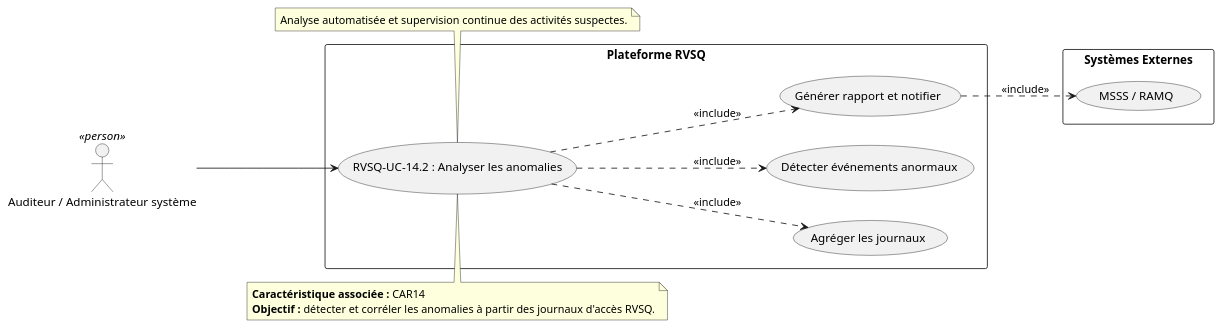
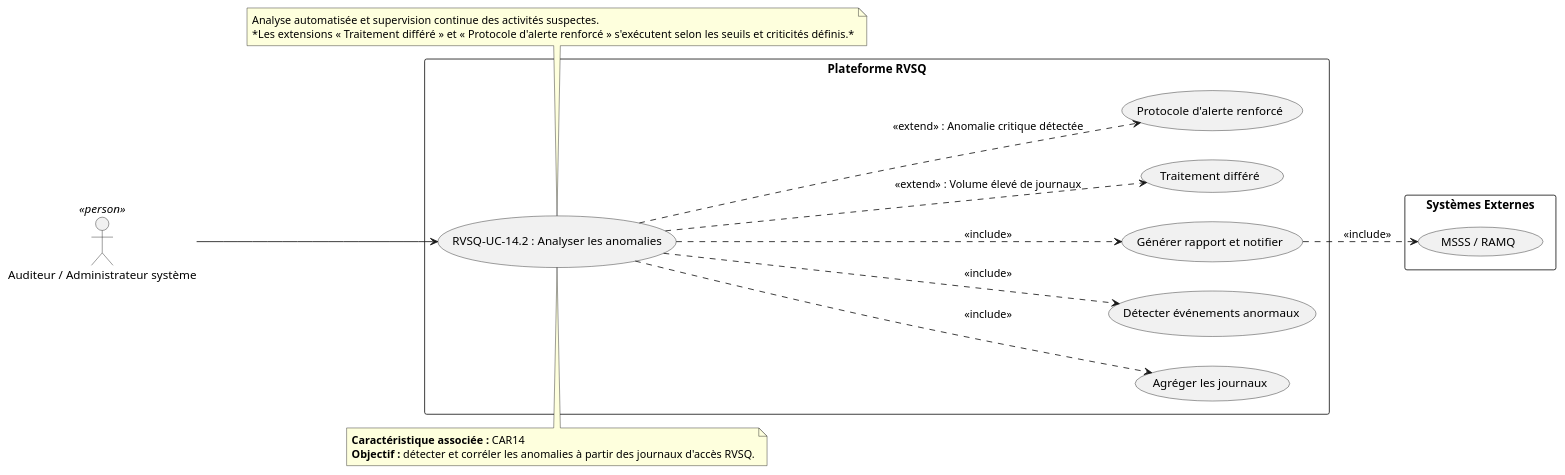
Before and after one commit to serghino/use-cases-RVSQ: the diagram in RVSQ-UC-14_2_Analyser_Anomalies.puml, drawn with PlantUML. The commit also changed 23 other files, not shown here.

Commit message:
fix(B04,B06,B09): fix .md structure and add excludes when applicable to the diagrams

```diff
--- a/RVSQ-UC-14_2_Analyser_Anomalies.puml
+++ b/RVSQ-UC-14_2_Analyser_Anomalies.puml
@@ -1,32 +1,41 @@
 @startuml RVSQ-UC-14_2_Analyser_Anomalies
 left to right direction
 
 actor "Auditeur / Administrateur système" as Auditeur <<person>>
 
 rectangle "Plateforme RVSQ" {
   usecase "RVSQ-UC-14.2 : Analyser les anomalies" as UC142
   usecase "Agréger les journaux" as UC142_A
   usecase "Détecter événements anormaux" as UC142_B
   usecase "Générer rapport et notifier" as UC142_C
+  usecase "Traitement différé" as UC142_D
+  usecase "Protocole d'alerte renforcé" as UC142_E
 }
 
 rectangle "Systèmes Externes" {
   usecase "MSSS / RAMQ" as MSSS
 }
 
+' --- Relations principales
 Auditeur --> UC142
 UC142 ..> UC142_A : <<include>>
 UC142 ..> UC142_B : <<include>>
 UC142 ..> UC142_C : <<include>>
 
+' --- Relations externes
 UC142_C ..> MSSS : <<include>>
+
+' --- Extensions conditionnelles
+UC142 ..> UC142_D : <<extend>> : Volume élevé de journaux
+UC142 ..> UC142_E : <<extend>> : Anomalie critique détectée
 
 note top of UC142
   **Caractéristique associée :** CAR14
   **Objectif :** détecter et corréler les anomalies à partir des journaux d'accès RVSQ.
 end note
 
 note bottom of UC142
   Analyse automatisée et supervision continue des activités suspectes.
+  *Les extensions « Traitement différé » et « Protocole d'alerte renforcé » s'exécutent selon les seuils et criticités définis.*
 end note
 @enduml
```
